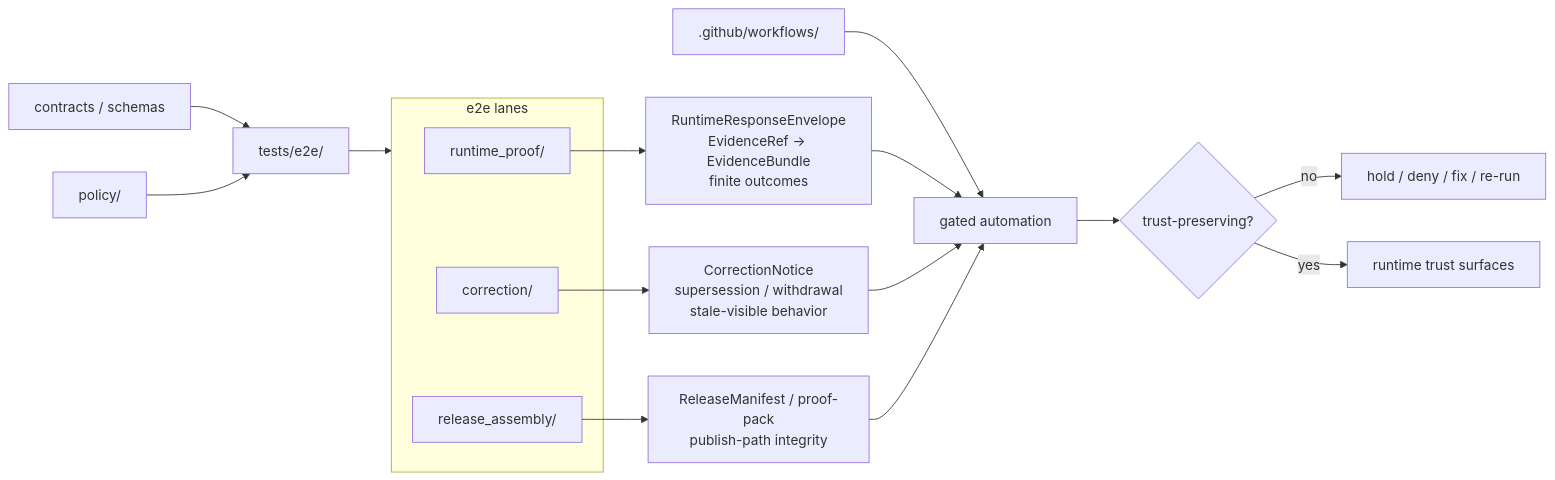
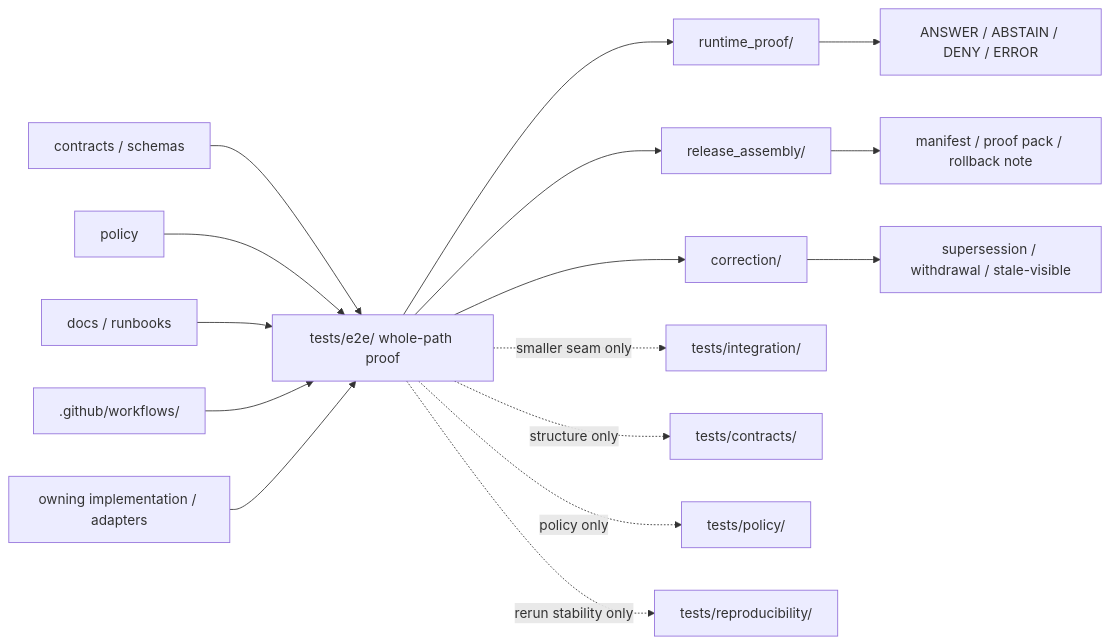
The diagram in tests/e2e/README.md (bartytime4life/Kansas-Frontier-Matrix), drawn with Mermaid before and after one commit. The commit also changed other lines of this file, not shown here.

First line of the commit message:
Revise e2e README for clarity and structure

````diff
--- a/tests/e2e/README.md
+++ b/tests/e2e/README.md
@@ -225,25 +252,21 @@
 ```mermaid
 flowchart LR
-    C["contracts / schemas"] --> E["tests/e2e/"]
-    P["policy/"] --> E
-    W[".github/workflows/"] --> G["gated automation"]
+  C["contracts / schemas"] --> E["tests/e2e/ whole-path proof"]
+  P["policy"] --> E
+  D["docs / runbooks"] --> E
+  W[".github/workflows/"] --> E
+  I["owning implementation / adapters"] --> E
 
-    subgraph L["e2e lanes"]
-      RP["runtime_proof/"]
-      CO["correction/"]
-      RA["release_assembly/"]
-    end
+  E --> RP["runtime_proof/"]
+  E --> RA["release_assembly/"]
+  E --> CO["correction/"]
 
-    E --> L
-    RP --> RR["RuntimeResponseEnvelope<br/>EvidenceRef -> EvidenceBundle<br/>finite outcomes"]
-    CO --> CN["CorrectionNotice<br/>supersession / withdrawal<br/>stale-visible behavior"]
-    RA --> RM["ReleaseManifest / proof-pack<br/>publish-path integrity"]
+  RP --> OUT["ANSWER / ABSTAIN / DENY / ERROR"]
+  RA --> REL["manifest / proof pack / rollback note"]
+  CO --> CORR["supersession / withdrawal / stale-visible"]
 
-    RR --> G
-    CN --> G
-    RM --> G
-
-    G --> Q{"trust-preserving?"}
-    Q -->|no| H["hold / deny / fix / re-run"]
-    Q -->|yes| S["runtime trust surfaces"]
+  E -. smaller seam only .-> INT["tests/integration/"]
+  E -. structure only .-> CON["tests/contracts/"]
+  E -. policy only .-> POL["tests/policy/"]
+  E -. rerun stability only .-> REP["tests/reproducibility/"]
 ```
````
